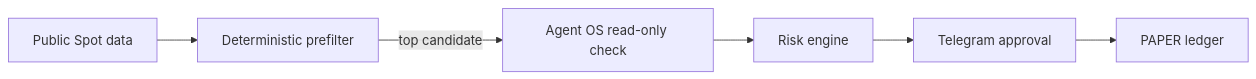
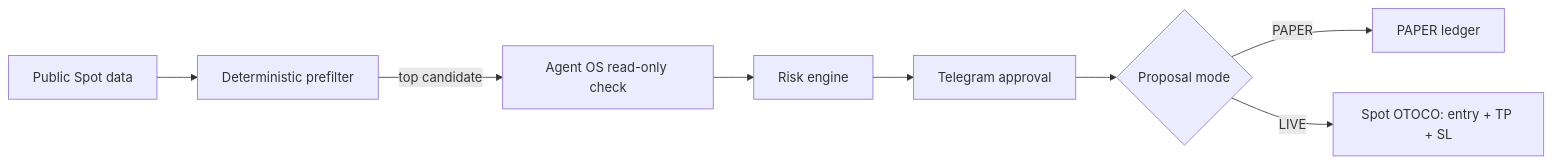
Before and after one commit to bobbymarc00/riskpilot: the diagram in README.md, drawn with Mermaid. The commit also changed other lines of this file and 16 other files, not shown here.

Commit message:
confirmed live spot OTOCO RiskPilot flow

````diff
--- a/README.md
+++ b/README.md
@@ -80,8 +80,10 @@
 ```mermaid
 flowchart LR
   A[Public Spot data] --> B[Deterministic prefilter]
   B -->|top candidate| C[Agent OS read-only check]
   C --> D[Risk engine]
   D --> E[Telegram approval]
-  E --> F[PAPER ledger]
+  E --> F{Proposal mode}
+  F -->|PAPER| G[PAPER ledger]
+  F -->|LIVE| H[Spot OTOCO: entry + TP + SL]
 ```
````
